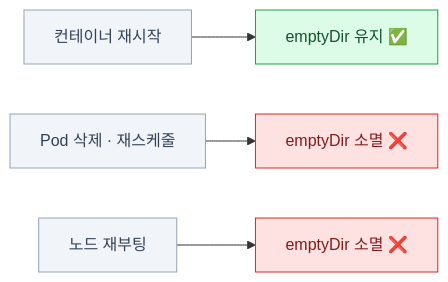
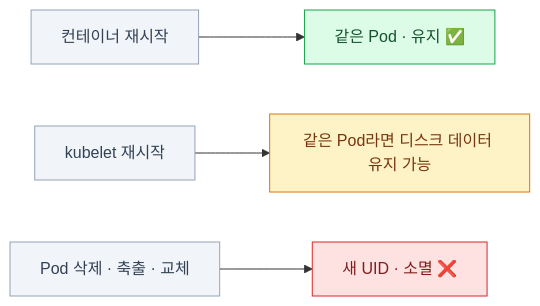
One commit to mechurak/study-starlight changed the second of 12 diagrams in src/content/docs/cka/13-storage.mdx. Above: the diagram before and after it, drawn with Mermaid. The commit also changed other lines of this file and 24 other files, not shown here.

````diff
--- a/src/content/docs/cka/13-storage.mdx
+++ b/src/content/docs/cka/13-storage.mdx
@@ -86,13 +98,15 @@
 ```mermaid
 flowchart LR
-    C1["컨테이너 재시작"] --> K1["emptyDir 유지 ✅"]
-    C2["Pod 삭제 · 재스케줄"] --> K2["emptyDir 소멸 ❌"]
-    C3["노드 재부팅"] --> K3["emptyDir 소멸 ❌"]
+    C1["컨테이너 재시작"] --> K1["같은 Pod · 유지 ✅"]
+    C2["kubelet 재시작"] --> K2["같은 Pod라면 디스크 데이터 유지 가능"]
+    C3["Pod 삭제 · 축출 · 교체"] --> K3["새 UID · 소멸 ❌"]
 
     classDef ok fill:#dcfce7,stroke:#16a34a,color:#14532d
     classDef bad fill:#fee2e2,stroke:#dc2626,color:#7f1d1d
+    classDef warn fill:#fef3c7,stroke:#d97706,color:#78350f
     classDef mute fill:#f1f5f9,stroke:#94a3b8,color:#334155
     class K1 ok
-    class K2,K3 bad
+    class K2 warn
+    class K3 bad
     class C1,C2,C3 mute
 ```
````
